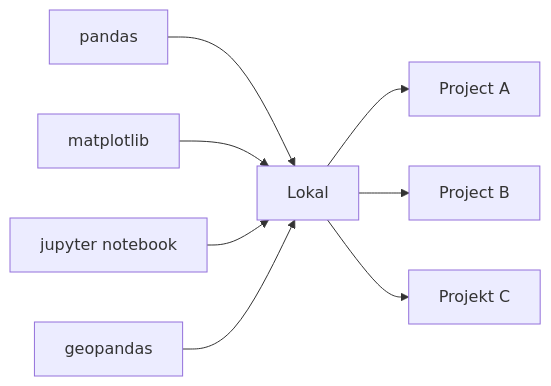
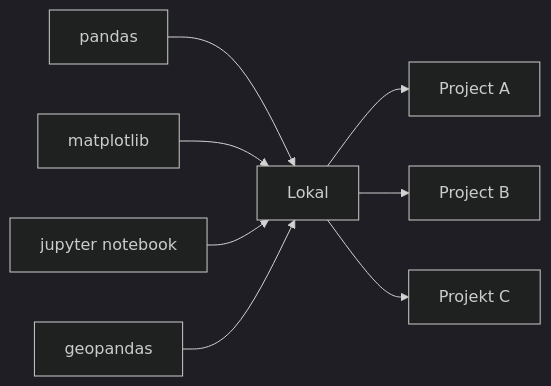
One commit to Modul-AGI/slides changed the diagram in mermaid/install2.mmd. Above: the diagram before and after it, drawn with Mermaid. The commit also changed 232 other files, not shown here.

```diff
--- a/mermaid/install2.mmd
+++ b/mermaid/install2.mmd
@@ -1,8 +1,9 @@
+%%{init: {'theme': 'dark', 'themeVariables': { 'primaryTextColor': 'white'}}}%%
 graph LR
     B[pandas] --> A[Lokal]
     C[matplotlib] --> A
     D[jupyter notebook] --> A
     E[geopandas] --> A
     A --> X[Project A]
     A --> Y[Project B]
     A --> Z[Projekt C]
```
